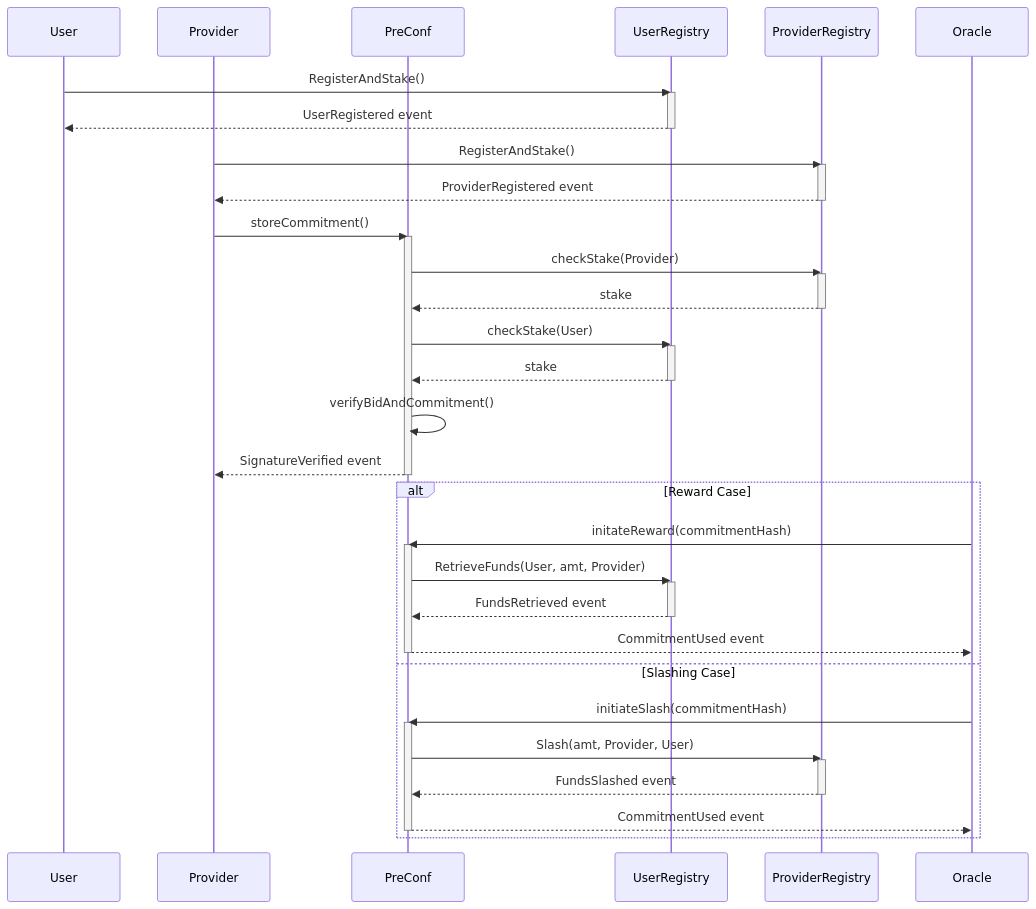
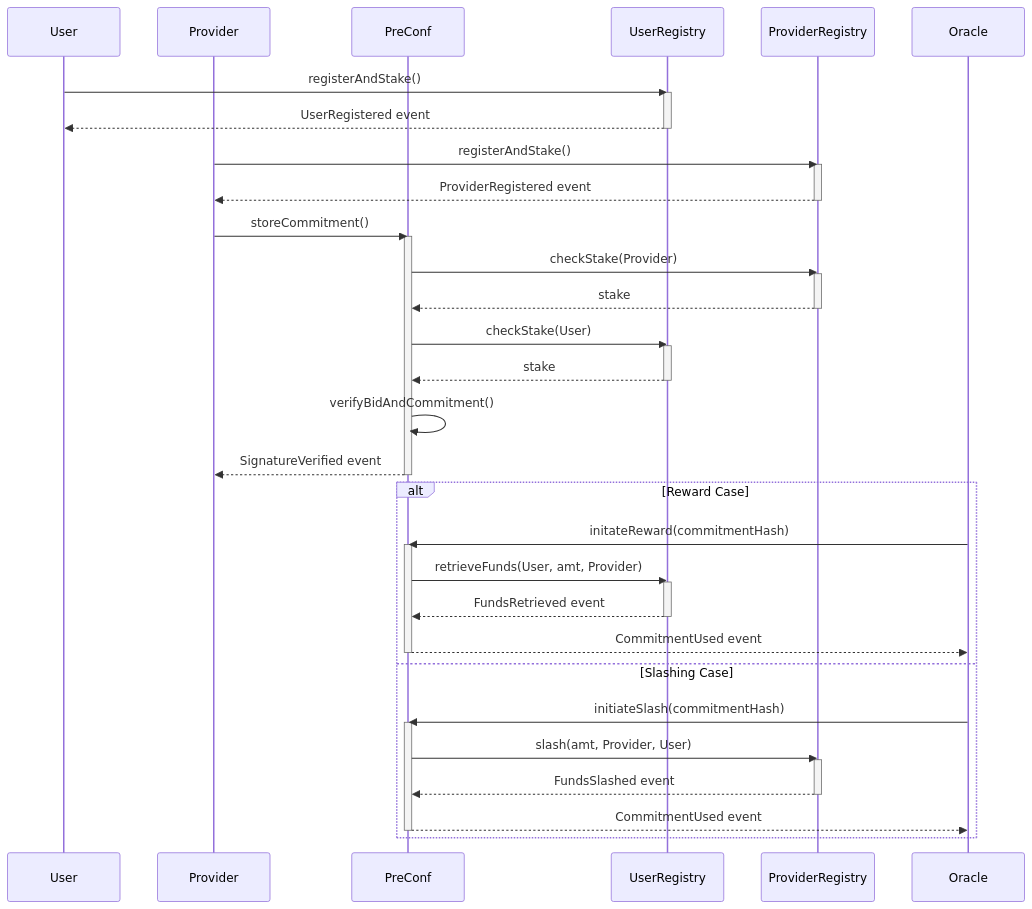
One commit to primev/contracts changed the diagram in README.md. Above: the diagram before and after it, drawn with Mermaid. The commit also changed other lines of this file and 14 other files, not shown here.

````diff
--- a/README.md
+++ b/README.md
@@ -65,59 +65,59 @@
 ```mermaid
 sequenceDiagram
     participant User
     participant Provider
     participant PreConf
     participant UserRegistry
     participant ProviderRegistry
     participant Oracle
 
-    User->>UserRegistry: RegisterAndStake()
+    User->>UserRegistry: registerAndStake()
     activate UserRegistry
     UserRegistry-->>User: UserRegistered event
     deactivate UserRegistry
 
-    Provider->>ProviderRegistry: RegisterAndStake()
+    Provider->>ProviderRegistry: registerAndStake()
     activate ProviderRegistry
     ProviderRegistry-->>Provider: ProviderRegistered event
     deactivate ProviderRegistry
 
     Provider->>PreConf: storeCommitment()
     activate PreConf
     PreConf->>ProviderRegistry: checkStake(Provider)
     activate ProviderRegistry
     ProviderRegistry-->>PreConf: stake
     deactivate ProviderRegistry
 
     PreConf->>UserRegistry: checkStake(User)
     activate UserRegistry
     UserRegistry-->>PreConf: stake
     deactivate UserRegistry
 
     PreConf->>PreConf: verifyBidAndCommitment()
     PreConf-->>Provider: SignatureVerified event
     deactivate PreConf
 
     alt Reward Case
         Oracle->>PreConf: initateReward(commitmentHash)
         activate PreConf
-        PreConf->>UserRegistry: RetrieveFunds(User, amt, Provider)
+        PreConf->>UserRegistry: retrieveFunds(User, amt, Provider)
         activate UserRegistry
         UserRegistry-->>PreConf: FundsRetrieved event
         deactivate UserRegistry
 
         PreConf-->>Oracle: CommitmentUsed event
         deactivate PreConf
 
     else Slashing Case
         Oracle->>PreConf: initiateSlash(commitmentHash)
         activate PreConf
-        PreConf->>ProviderRegistry: Slash(amt, Provider, User)
+        PreConf->>ProviderRegistry: slash(amt, Provider, User)
         activate ProviderRegistry
         ProviderRegistry-->>PreConf: FundsSlashed event
         deactivate ProviderRegistry
 
         PreConf-->>Oracle: CommitmentUsed event
         deactivate PreConf
     end
 
 ```
````
